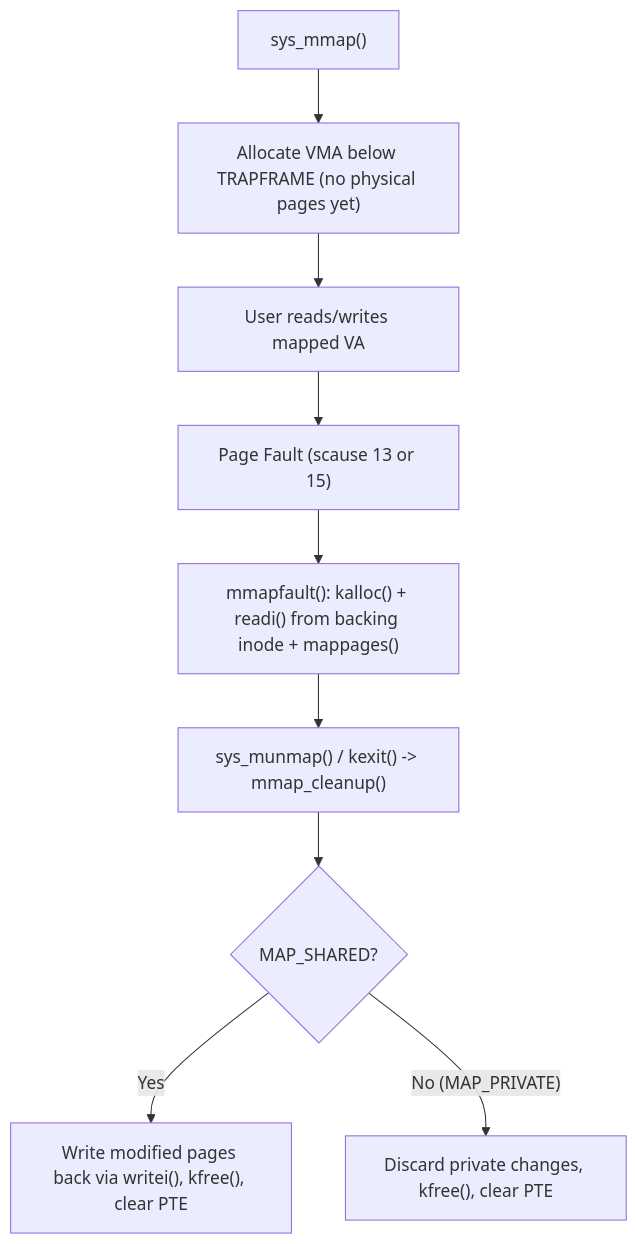
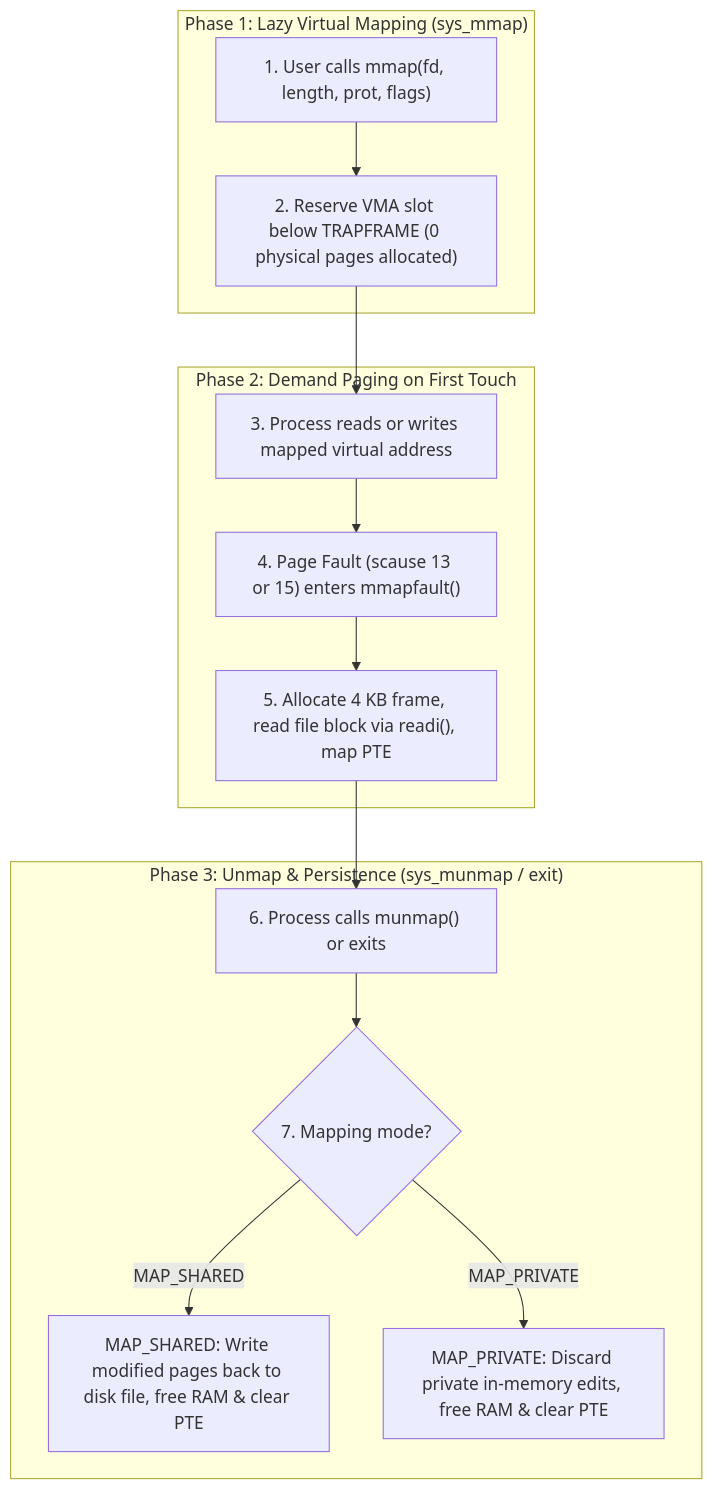
One commit to asbahkhan67-ctrl/xv6-riscv changed the sixth of 21 diagrams in README.md. Above: the diagram before and after it, drawn with Mermaid. The commit also changed other lines of this file, not shown here.

````diff
--- a/README.md
+++ b/README.md
@@ -254,11 +321,28 @@
 ```mermaid
 flowchart TD
-    M["sys_mmap()"] --> V["Allocate VMA below TRAPFRAME (no physical pages yet)"]
-    V --> A["User reads/writes mapped VA"]
-    A --> F["Page Fault (scause 13 or 15)"]
-    F --> MF["mmapfault(): kalloc() + readi() from backing inode + mappages()"]
-    MF --> U["sys_munmap() / kexit() -> mmap_cleanup()"]
-    U --> SH{"MAP_SHARED?"}
-    SH -- "Yes" --> WB["Write modified pages back via writei(), kfree(), clear PTE"]
-    SH -- "No (MAP_PRIVATE)" --> PR["Discard private changes, kfree(), clear PTE"]
+    subgraph P1["Phase 1: Lazy Virtual Mapping (sys_mmap)"]
+        M1["1. User calls mmap(fd, length, prot, flags)"]
+        M2["2. Reserve VMA slot below TRAPFRAME (0 physical pages allocated)"]
+        M1 --> M2
+    end
+
+    subgraph P2["Phase 2: Demand Paging on First Touch"]
+        D1["3. Process reads or writes mapped virtual address"]
+        D2["4. Page Fault (scause 13 or 15) enters mmapfault()"]
+        D3["5. Allocate 4 KB frame, read file block via readi(), map PTE"]
+        D1 --> D2 --> D3
+    end
+
+    subgraph P3["Phase 3: Unmap & Persistence (sys_munmap / exit)"]
+        U1["6. Process calls munmap() or exits"]
+        U2{"7. Mapping mode?"}
+        U3["MAP_SHARED: Write modified pages back to disk file, free RAM & clear PTE"]
+        U4["MAP_PRIVATE: Discard private in-memory edits, free RAM & clear PTE"]
+        U1 --> U2
+        U2 -- "MAP_SHARED" --> U3
+        U2 -- "MAP_PRIVATE" --> U4
+    end
+
+    M2 --> D1
+    D3 --> U1
 ```
````
